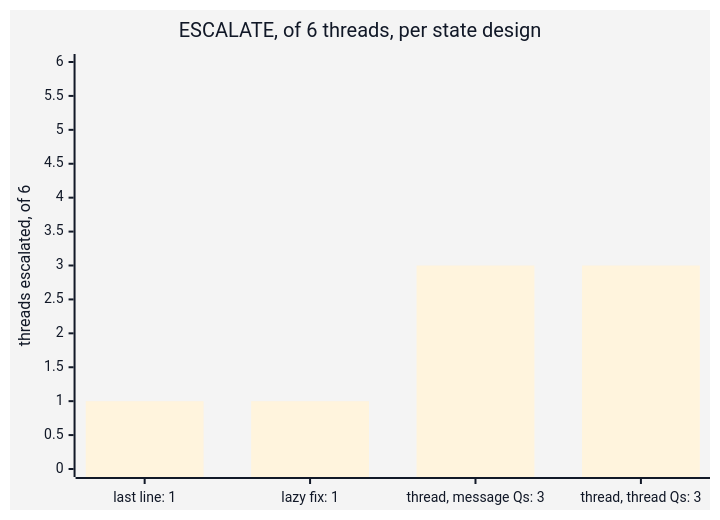
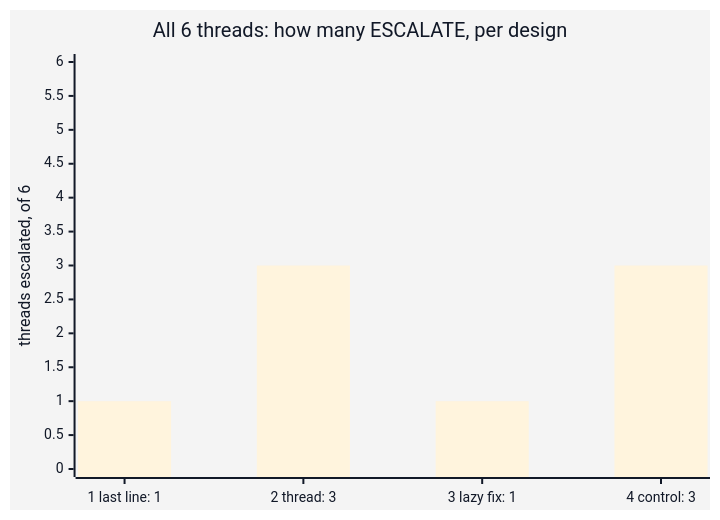
One commit to axel-sirota/getting_started_jev changed the diagram in course/diagrams/module_02/p2-demo-results.mmd. Above: the diagram before and after it, drawn with Mermaid. The commit also changed 75 other files, not shown here.

Commit message:
Modules 1 and 2: visual pass (figures redrawn to read-at-a-glance limits, demo charts, lab maps, prose cut)

```diff
--- a/course/diagrams/module_02/p2-demo-results.mmd
+++ b/course/diagrams/module_02/p2-demo-results.mmd
@@ -1,6 +1,6 @@
 %%{init: {"theme": "base", "themeVariables": {"fontFamily": "Inter, sans-serif", "primaryColor": "#ECF8F6", "primaryBorderColor": "#40B8A6", "primaryTextColor": "#111827", "lineColor": "#1A3D4D", "secondaryColor": "#F9FAFB", "tertiaryColor": "#FFFFFF", "clusterBkg": "#F9FAFB", "clusterBorder": "#D1D5DB", "actorBkg": "#ECF8F6", "actorBorder": "#40B8A6", "noteBkgColor": "#FFF6DA", "noteBorderColor": "#E0B84C"}}}%%
 xychart-beta
-  title "ESCALATE, of 6 threads, per state design"
-  x-axis ["last line: 1", "lazy fix: 1", "thread, message Qs: 3", "thread, thread Qs: 3"]
+  title "All 6 threads: how many ESCALATE, per design"
+  x-axis ["1 last line: 1", "2 thread: 3", "3 lazy fix: 1", "4 control: 3"]
   y-axis "threads escalated, of 6" 0 --> 6
-  bar [1, 1, 3, 3]
+  bar [1, 3, 1, 3]
```
